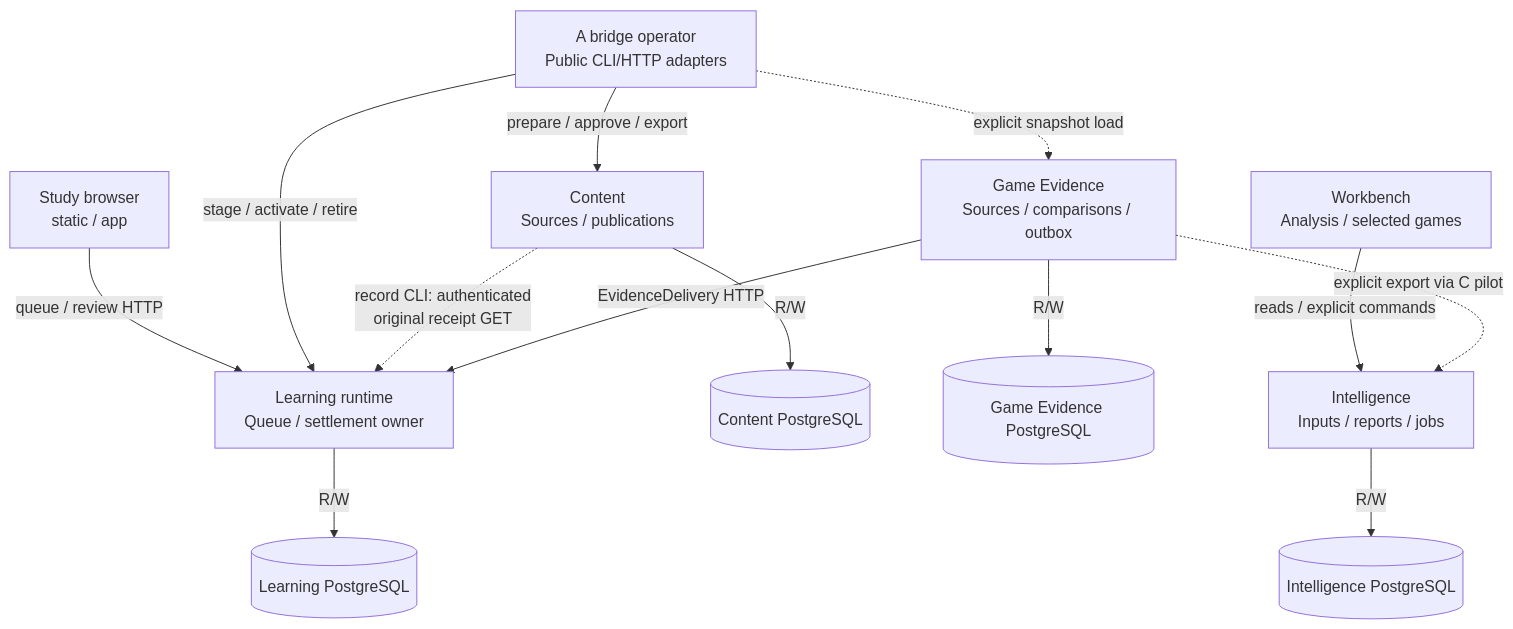
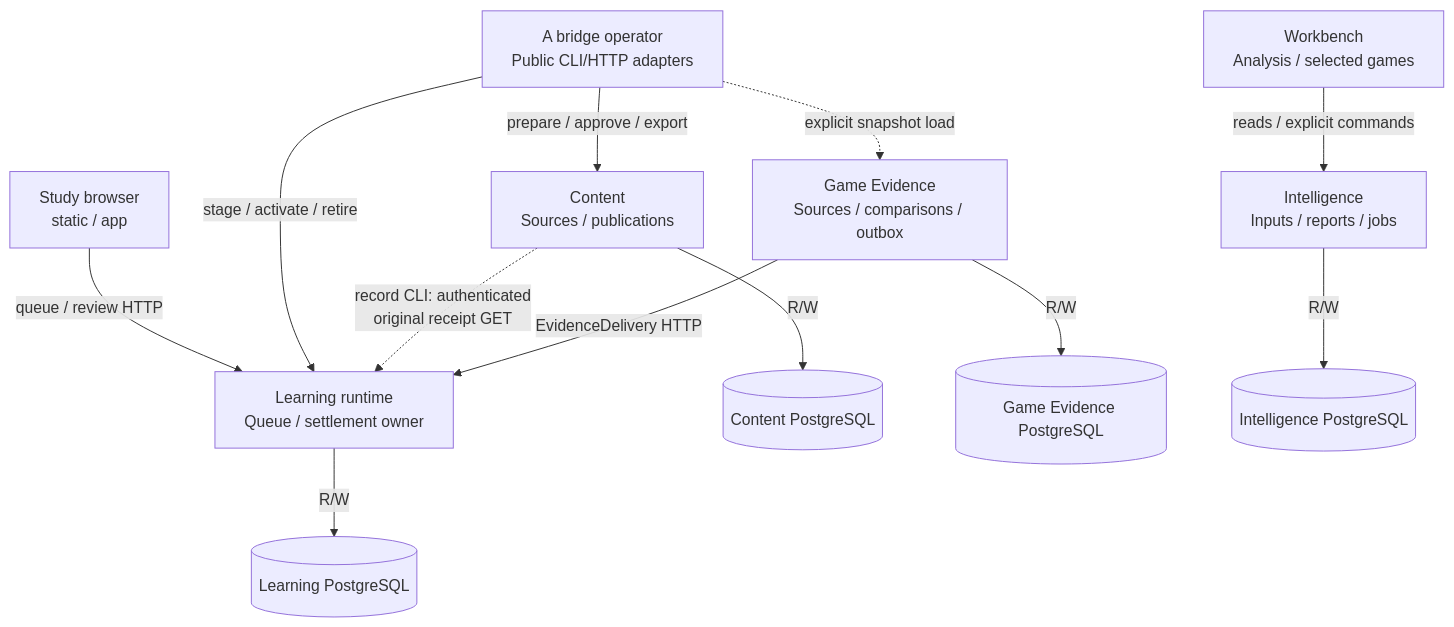
The diagram in docs/architecture/diagrams/README.md (aaweaver-actuary/tempo), drawn with Mermaid before and after one commit. The commit also changed other lines of this file and 56 other files, not shown here.

````diff
--- a/docs/architecture/diagrams/README.md
+++ b/docs/architecture/diagrams/README.md
@@ -61,15 +61,14 @@
 ```mermaid
 flowchart TB
   Study["Study browser<br/>static / app"] -->|"queue / review HTTP"| Learning["Learning runtime<br/>Queue / settlement owner"]
   Learning -->|"R/W"| LDB[("Learning PostgreSQL")]
   Bridge["A bridge operator<br/>Public CLI/HTTP adapters"] -->|"prepare / approve / export"| Content["Content<br/>Sources / publications"]
   Content -->|"R/W"| CDB[("Content PostgreSQL")]
   Bridge -->|"stage / activate / retire"| Learning
   Content -.->|"record CLI: authenticated<br/>original receipt GET"| Learning
   GE["Game Evidence<br/>Sources / comparisons / outbox"] -->|"R/W"| GDB[("Game Evidence PostgreSQL")]
   Bridge -.->|"explicit snapshot load"| GE
   GE -->|"EvidenceDelivery HTTP"| Learning
   WB["Workbench<br/>Analysis / selected games"] -->|"reads / explicit commands"| Intel["Intelligence<br/>Inputs / reports / jobs"]
   Intel -->|"R/W"| IDB[("Intelligence PostgreSQL")]
-  GE -.->|"explicit export via C pilot"| Intel
 ```
````
